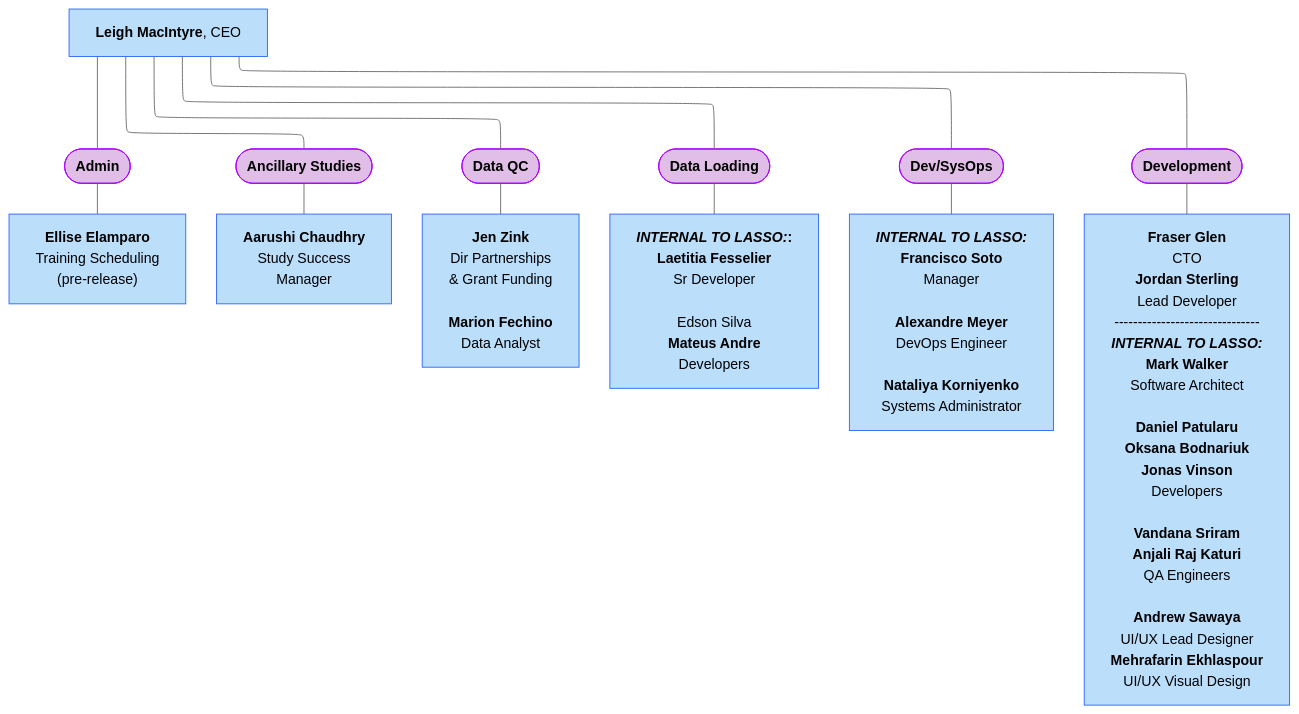
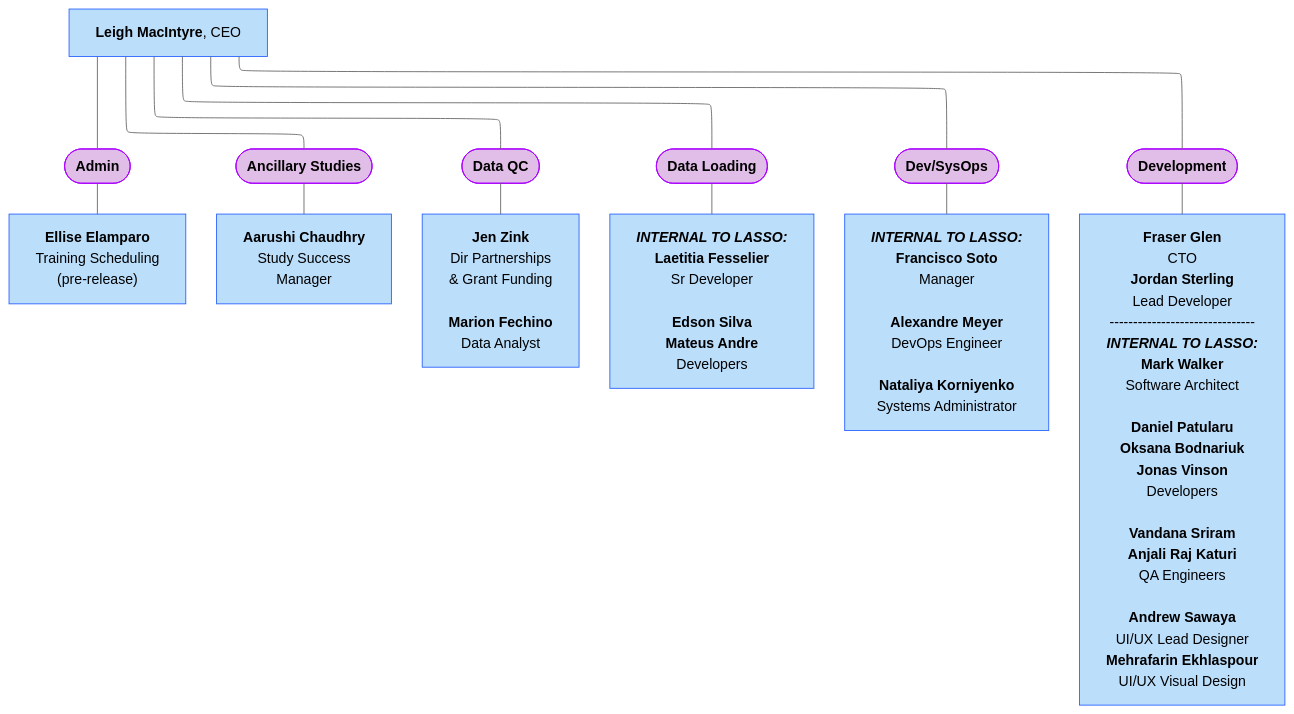
The fourth of 11 diagrams in docs/orgcharts.md (DCAN-Labs/hbcd-docs-internal), drawn with Mermaid (neutral theme) before and after one commit.

````diff
--- a/docs/orgcharts.md
+++ b/docs/orgcharts.md
@@ -182,35 +182,35 @@
 ```mermaid
 ---
 config:
   layout: elk
 ---
 flowchart TB
     B(["<b>Admin</b>"]) --- n5["<b>Ellise Elamparo</b><br>Training Scheduling<br>(pre-release)"]
     n1(["<b>Ancillary Studies</b>"]) --- n6["<b>Aarushi Chaudhry<br></b>Study Success<br>Manager"]
     n2(["<b>Data QC</b>"]) --- n7["<b>Jen Zink<br></b>Dir Partnerships<br>&amp; Grant Funding<br><br><b>Marion Fechino</b><br>Data Analyst"]
-    n4(["<b>Data Loading</b>"]) --- n9["<b><i>INTERNAL TO LASSO:</i>:<br>Laetitia Fesselier<br></b>Sr Developer<br>
-    Edson Silva</b><br><b>Mateus Andre<br></b>Developers"]
+    n4(["<b>Data Loading</b>"]) --- n9["<b><i>INTERNAL TO LASSO:</i></b><br><b>Laetitia Fesselier</b><br>Sr Developer<br>
+    <b>Edson Silva</b><br><b>Mateus Andre</b><br>Developers"]
     n23(["<b>Dev/SysOps</b>"]) --- n24["<b><i>INTERNAL TO LASSO:</i><br>Francisco Soto</b><br>Manager<br>
     <b>Alexandre Meyer</b><br>DevOps Engineer<br><br><b>Nataliya Korniyenko<br></b>Systems Administrator"]
     n22(["<b>Development</b>"]) --- n26["<b>Fraser Glen<br></b>CTO<br><b>Jordan Sterling<br></b>Lead Developer
     -------------------------------
     <b><i>INTERNAL TO LASSO:</i>
     Mark Walker</b><br>Software Architect<br>
     <b>Daniel Patularu</b><br><b>Oksana Bodnariuk<br>Jonas Vinson<br></b>Developers<br>
     <b>Vandana Sriram</b><br><b>Anjali Raj Katuri<br></b>QA Engineers<br>
     <b>Andrew Sawaya</b><br>UI/UX Lead Designer<br><b>Mehrafarin Ekhlaspour</b><br>UI/UX Visual Design"]
     A["<b>Leigh MacIntyre</b>, CEO"] --- n22 & n23 & n2 & B & n4 & n1
     style B fill:#E1BEE7,stroke:#AA00FF
     style n5 fill:#BBDEFB,stroke:#2962FF
     style n1 fill:#E1BEE7,stroke:#AA00FF
     style n6 fill:#BBDEFB,stroke:#2962FF
     style n2 fill:#E1BEE7,stroke:#AA00FF
     style n7 fill:#BBDEFB,stroke:#2962FF
     style n4 fill:#E1BEE7,stroke:#AA00FF
     style n9 fill:#BBDEFB,stroke:#2962FF
     style n23 fill:#E1BEE7,stroke:#AA00FF
     style n24 fill:#BBDEFB,stroke:#2962FF
     style n22 fill:#E1BEE7,stroke:#AA00FF
     style n26 fill:#BBDEFB,stroke:#2962FF
     style A fill:#BBDEFB,stroke:#2962FF
 ```
````
